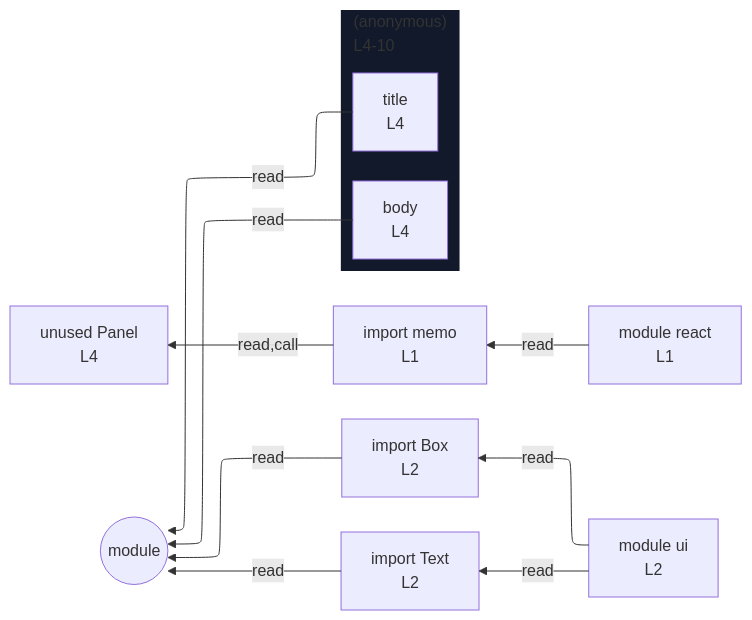
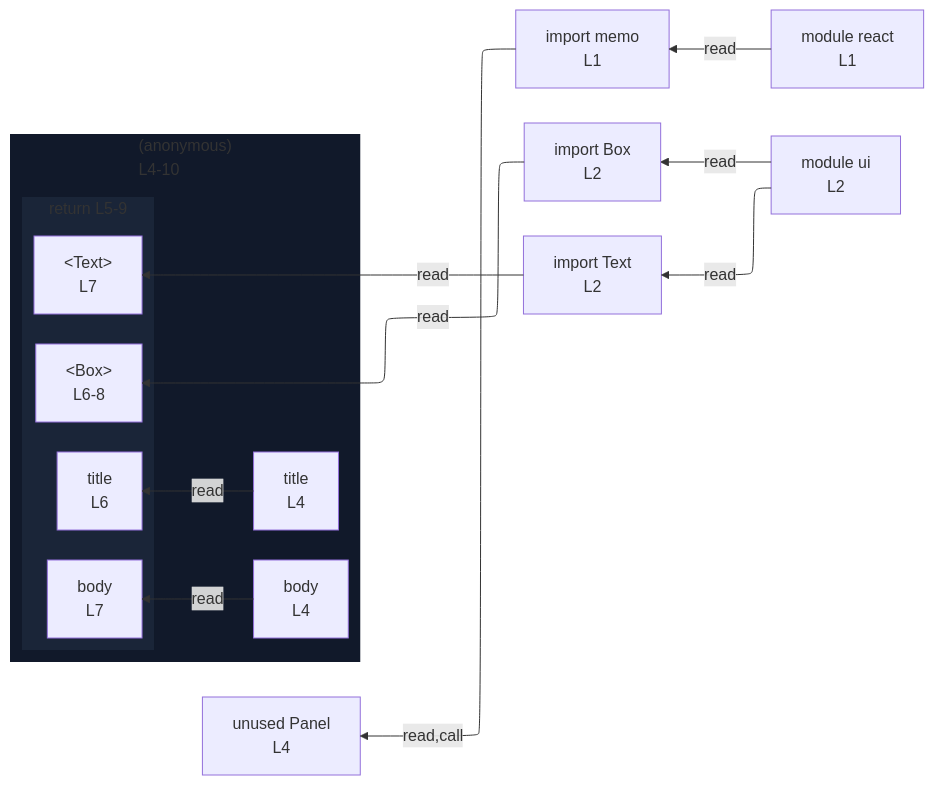
The diagram in integration/fixtures/jsx/memo-component/preview.md (crescware/unsnarl), drawn with Mermaid before and after one commit. The commit also changed 34 other files, not shown here.

````diff
--- a/integration/fixtures/jsx/memo-component/preview.md
+++ b/integration/fixtures/jsx/memo-component/preview.md
@@ -20,26 +20,34 @@
 ```mermaid
 %%{init: {"flowchart": {"defaultRenderer": "elk"}}}%%
 flowchart RL
   n_scope_0_memo_9["import memo<br/>L1"]
   n_scope_0_Box_39["import Box<br/>L2"]
   n_scope_0_Text_44["import Text<br/>L2"]
   n_scope_0_Panel_76["unused Panel<br/>L4"]
   subgraph s_scope_1["(anonymous)<br/>L4-10"]
     direction RL
     n_scope_1_title_90["title<br/>L4"]
     n_scope_1_body_105["body<br/>L4"]
+    subgraph s_return_scope_1_126_200["return L5-9"]
+      direction RL
+      ret_use_ref_2["&lt;Box&gt;<br/>L6-8"]
+      ret_use_ref_3["title<br/>L6"]
+      ret_use_ref_4["&lt;Text&gt;<br/>L7"]
+      ret_use_ref_5["body<br/>L7"]
+    end
   end
   n_scope_0_memo_9 -->|read,call| n_scope_0_Panel_76
-  n_scope_0_Box_39 -->|read| module_root
-  n_scope_1_title_90 -->|read| module_root
-  n_scope_0_Text_44 -->|read| module_root
-  n_scope_1_body_105 -->|read| module_root
-  module_root((module))
+  n_scope_0_Box_39 -->|read| ret_use_ref_2
+  n_scope_1_title_90 -->|read| ret_use_ref_3
+  n_scope_0_Text_44 -->|read| ret_use_ref_4
+  n_scope_1_body_105 -->|read| ret_use_ref_5
   mod_react["module react<br/>L1"]
   mod_ui["module ui<br/>L2"]
   mod_react -->|read| n_scope_0_memo_9
   mod_ui -->|read| n_scope_0_Box_39
   mod_ui -->|read| n_scope_0_Text_44
   classDef nestL1 fill:#11192a,stroke:transparent;
   class s_scope_1 nestL1;
+  classDef nestL2 fill:#1a2538,stroke:transparent;
+  class s_return_scope_1_126_200 nestL2;
 ```
````
